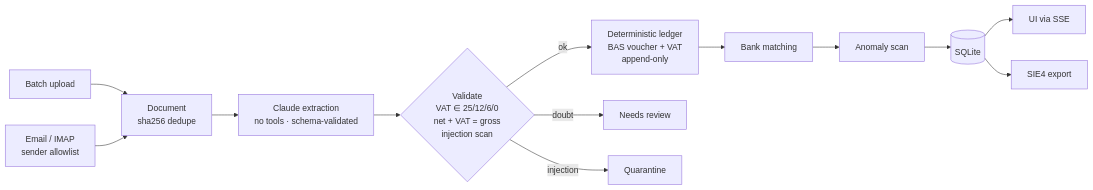
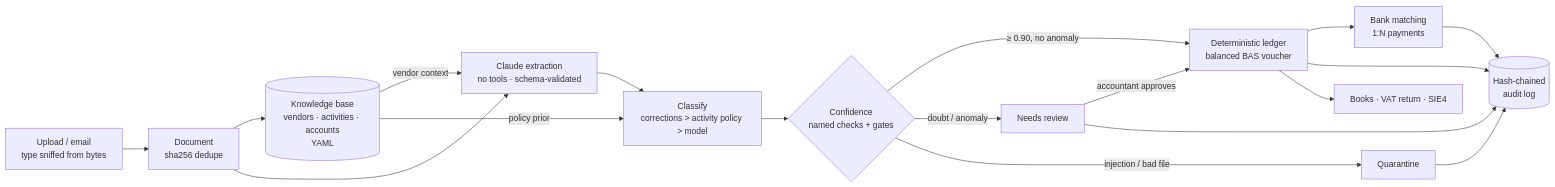
One commit to filiplandin/lovelight changed the diagram in README.md. Above: the diagram before and after it, drawn with Mermaid. The commit also changed other lines of this file and 87 other files, not shown here.

First line of the commit message:
feat: audit-grade trust layer, explainable confidence and knowledge-base classification

````diff
--- a/README.md
+++ b/README.md
@@ -32,15 +24,17 @@
 ```mermaid
 flowchart LR
-    U[Batch upload] --> D
-    G[Email / IMAP<br/>sender allowlist] --> D
-    D[Document<br/>sha256 dedupe] --> X[Claude extraction<br/>no tools · schema-validated]
-    X --> V{Validate<br/>VAT ∈ 25/12/6/0<br/>net + VAT = gross<br/>injection scan}
-    V -- ok --> L[Deterministic ledger<br/>BAS voucher + VAT<br/>append-only]
-    V -- doubt --> R[Needs review]
-    V -- injection --> Q[Quarantine]
-    L --> M[Bank matching]
-    M --> A[Anomaly scan]
-    A --> S[(SQLite)]
-    S --> UI[UI via SSE]
-    S --> E[SIE4 export]
+    U[Upload / email<br/>type sniffed from bytes] --> D[Document<br/>sha256 dedupe]
+    D --> K[(Knowledge base<br/>vendors · activities · accounts<br/>YAML)]
+    K -- vendor context --> X[Claude extraction<br/>no tools · schema-validated]
+    D --> X
+    X --> C[Classify<br/>corrections > activity policy > model]
+    K -- policy prior --> C
+    C --> S{Confidence<br/>named checks + gates}
+    S -- "≥ 0.90, no anomaly" --> L[Deterministic ledger<br/>balanced BAS voucher]
+    S -- doubt / anomaly --> R[Needs review]
+    S -- injection / bad file --> Q[Quarantine]
+    L --> M[Bank matching<br/>1:N payments]
+    R -- accountant approves --> L
+    L & R & Q & M --> A[(Hash-chained<br/>audit log)]
+    L --> E[Books · VAT return · SIE4]
 ```
````
